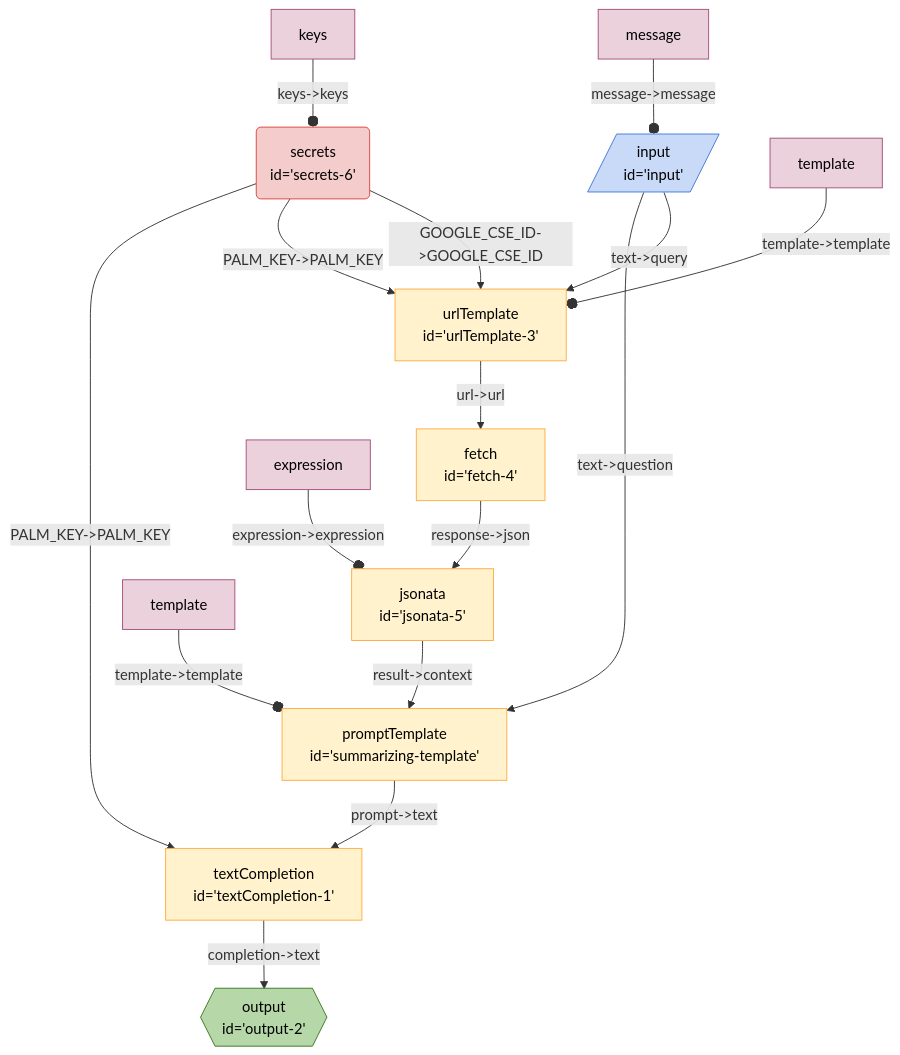
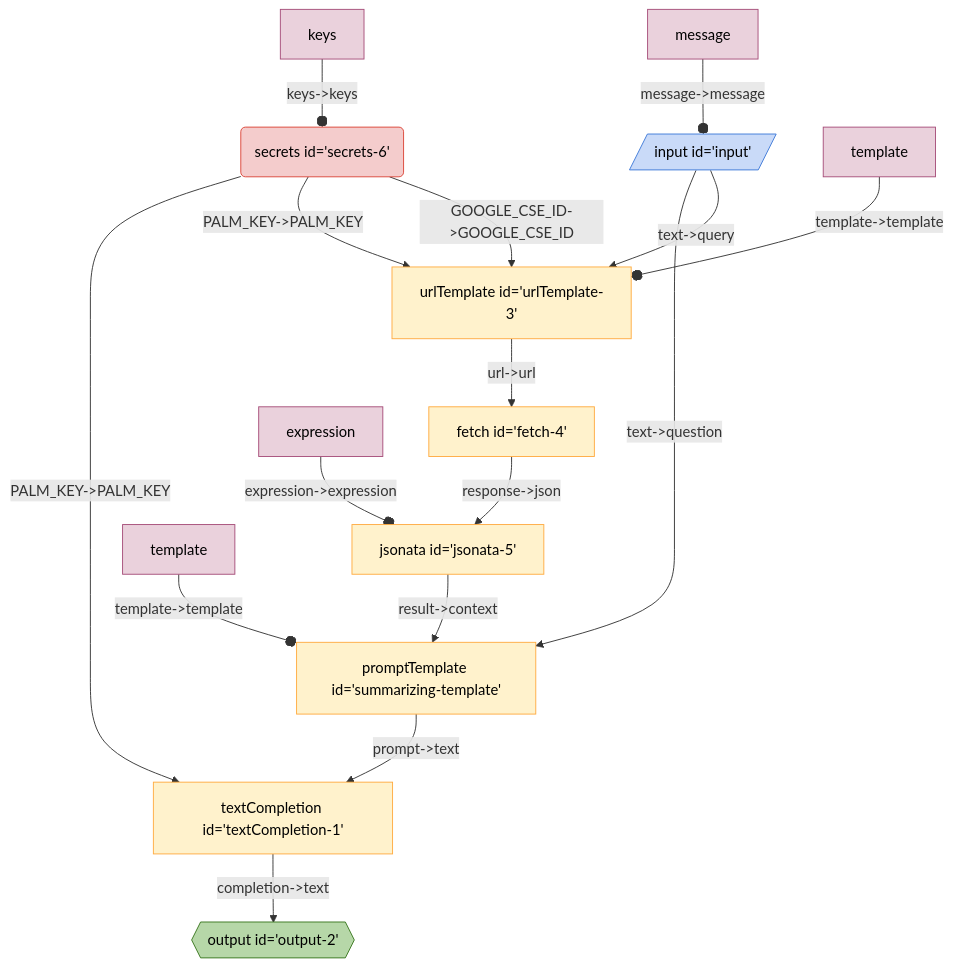
One commit to breadboard-ai/breadboard changed the diagram in seeds/graph-playground/docs/graphs/search-summarize.md. Above: the diagram before and after it, drawn with Mermaid. The commit also changed 17 other files, not shown here.

Commit message:
nit: remove extranous line break in mermaid sources

````diff
--- a/seeds/graph-playground/docs/graphs/search-summarize.md
+++ b/seeds/graph-playground/docs/graphs/search-summarize.md
@@ -5,47 +5,27 @@
   ```mermaid
   %%{init: 'themeVariables': { 'fontFamily': 'Fira Code, monospace' }}%%
 graph TD;
-textCompletion1["textCompletion
-id='textCompletion-1'"] -- "completion->text" --> output2{{"output
-id='output-2'"}}:::output
-summarizingtemplate["promptTemplate
-id='summarizing-template'"] -- "prompt->text" --> textCompletion1["textCompletion
-id='textCompletion-1'"]
-jsonata5["jsonata
-id='jsonata-5'"] -- "result->context" --> summarizingtemplate["promptTemplate
-id='summarizing-template'"]
-fetch4["fetch
-id='fetch-4'"] -- "response->json" --> jsonata5["jsonata
-id='jsonata-5'"]
-urlTemplate3["urlTemplate
-id='urlTemplate-3'"] -- "url->url" --> fetch4["fetch
-id='fetch-4'"]
-secrets6("secrets
-id='secrets-6'"):::secrets -- "PALM_KEY->PALM_KEY" --> textCompletion1["textCompletion
-id='textCompletion-1'"]
-secrets6("secrets
-id='secrets-6'"):::secrets -- "PALM_KEY->PALM_KEY" --> urlTemplate3["urlTemplate
-id='urlTemplate-3'"]
-secrets6("secrets
-id='secrets-6'"):::secrets -- "GOOGLE_CSE_ID->GOOGLE_CSE_ID" --> urlTemplate3["urlTemplate
-id='urlTemplate-3'"]
-input[/"input
-id='input'"/]:::input -- "text->question" --> summarizingtemplate["promptTemplate
-id='summarizing-template'"]
-input[/"input
-id='input'"/]:::input -- "text->query" --> urlTemplate3["urlTemplate
-id='urlTemplate-3'"]
+textCompletion1["textCompletion id='textCompletion-1'"] -- "completion->text" --> output2{{"output id='output-2'"}}:::output
+summarizingtemplate["promptTemplate id='summarizing-template'"] -- "prompt->text" --> textCompletion1["textCompletion id='textCompletion-1'"]
+jsonata5["jsonata id='jsonata-5'"] -- "result->context" --> summarizingtemplate["promptTemplate id='summarizing-template'"]
+fetch4["fetch id='fetch-4'"] -- "response->json" --> jsonata5["jsonata id='jsonata-5'"]
+urlTemplate3["urlTemplate id='urlTemplate-3'"] -- "url->url" --> fetch4["fetch id='fetch-4'"]
+secrets6("secrets id='secrets-6'"):::secrets -- "PALM_KEY->PALM_KEY" --> textCompletion1["textCompletion id='textCompletion-1'"]
+secrets6("secrets id='secrets-6'"):::secrets -- "PALM_KEY->PALM_KEY" --> urlTemplate3["urlTemplate id='urlTemplate-3'"]
+secrets6("secrets id='secrets-6'"):::secrets -- "GOOGLE_CSE_ID->GOOGLE_CSE_ID" --> urlTemplate3["urlTemplate id='urlTemplate-3'"]
+input[/"input id='input'"/]:::input -- "text->question" --> summarizingtemplate["promptTemplate id='summarizing-template'"]
+input[/"input id='input'"/]:::input -- "text->query" --> urlTemplate3["urlTemplate id='urlTemplate-3'"]
 templatesummarizingtemplate[template]:::config -- "template->template" --o summarizingtemplate
 templateurlTemplate3[template]:::config -- "template->template" --o urlTemplate3
 expressionjsonata5[expression]:::config -- "expression->expression" --o jsonata5
 keyssecrets6[keys]:::config -- "keys->keys" --o secrets6
 messageinput[message]:::config -- "message->message" --o input
 classDef default stroke:#ffab40,fill:#fff2ccff,color:#000
 classDef input stroke:#3c78d8,fill:#c9daf8ff,color:#000
 classDef output stroke:#38761d,fill:#b6d7a8ff,color:#000
 classDef passthrough stroke:#a64d79,fill:#ead1dcff,color:#000
 classDef slot stroke:#a64d79,fill:#ead1dcff,color:#000
 classDef config stroke:#a64d79,fill:#ead1dcff,color:#000
 classDef secrets stroke:#db4437,fill:#f4cccc,color:#000
 classDef slotted stroke:#a64d79
   ```
````
